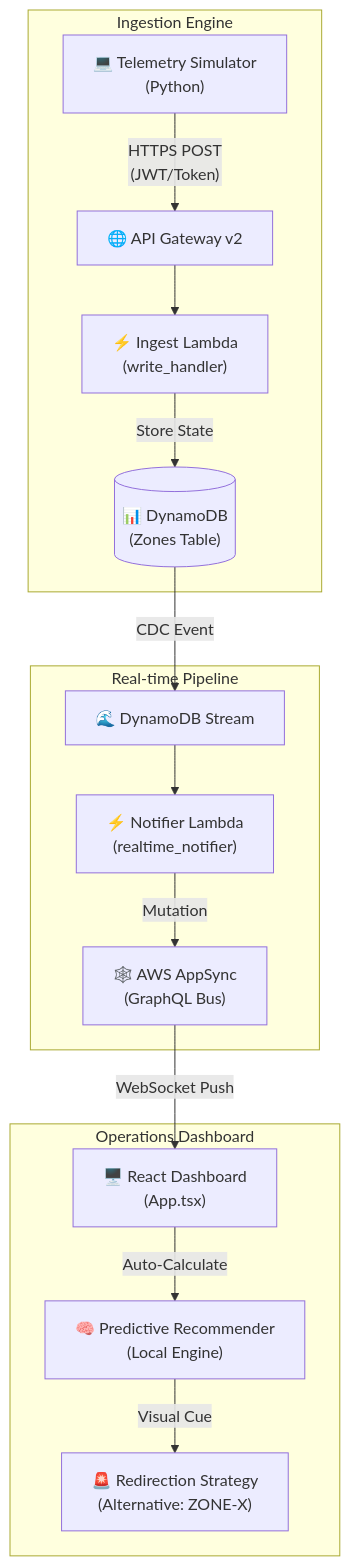
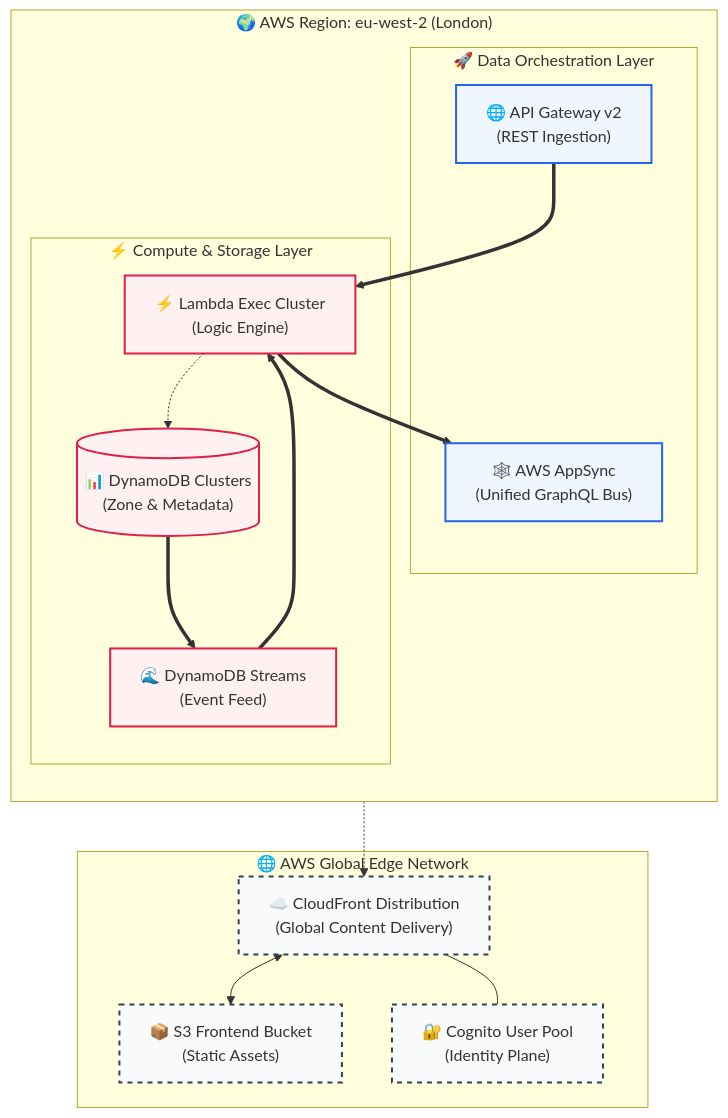
Before and after one commit to sakaroncloud/Crowd-Management: the diagram in README.md, drawn with Mermaid. The commit also changed other lines of this file, not shown here.

Commit message:
docs: add professional AWS Cloud Infrastructure Topology diagram

````diff
--- a/README.md
+++ b/README.md
@@ -18,20 +18,41 @@
 ```mermaid
-graph TD
-    subgraph "Ingestion Engine"
-        A["💻 Telemetry Simulator<br/>(Python)"] -- "HTTPS POST<br/>(JWT/Token)" --> B["🌐 API Gateway v2"]
-        B --> C["⚡ Ingest Lambda<br/>(write_handler)"]
-        C -- "Store State" --> D[("📊 DynamoDB<br/>(Zones Table)")]
+flowchart TB
+    subgraph "🌐 AWS Global Edge Network"
+        CF["☁️ CloudFront Distribution<br/>(Global Content Delivery)"]
+        S3F["📦 S3 Frontend Bucket<br/>(Static Assets)"]
+        COG["🔐 Cognito User Pool<br/>(Identity Plane)"]
     end
 
-    subgraph "Real-time Pipeline"
-        D -- "CDC Event" --> E["🌊 DynamoDB Stream"]
-        E --> F["⚡ Notifier Lambda<br/>(realtime_notifier)"]
-        F -- "Mutation" --> G["🕸️ AWS AppSync<br/>(GraphQL Bus)"]
+    subgraph "🌍 AWS Region: eu-west-2 (London)"
+        direction TB
+        subgraph "🚀 Data Orchestration Layer"
+            APIG["🌐 API Gateway v2<br/>(REST Ingestion)"]
+            AS["🕸️ AWS AppSync<br/>(Unified GraphQL Bus)"]
+        end
+
+        subgraph "⚡ Compute & Storage Layer"
+            WL["⚡ Lambda Exec Cluster<br/>(Logic Engine)"]
+            DDB[("📊 DynamoDB Clusters<br/>(Zone & Metadata)")]
+            DDB-S["🌊 DynamoDB Streams<br/>(Event Feed)"]
+        end
     end
 
-    subgraph "Operations Dashboard"
-        G -- "WebSocket Push" --> H["🖥️ React Dashboard<br/>(App.tsx)"]
-        H -- "Auto-Calculate" --> I["🧠 Predictive Recommender<br/>(Local Engine)"]
-        I -- "Visual Cue" --> J["🚨 Redirection Strategy<br/>(Alternative: ZONE-X)"]
-    end
+    %% Connectivity
+    CF <--> S3F
+    CF --- COG
+    APIG ==> WL
+    WL -.-> DDB
+    DDB ==> DDB-S
+    DDB-S ==> WL
+    WL ==> AS
+    AS -.-> CF
+
+    %% Styles
+    classDef edge fill:#f8fafc,stroke:#334155,stroke-width:2px,stroke-dasharray: 5 5;
+    classDef regional fill:#eff6ff,stroke:#2563eb,stroke-width:2px;
+    classDef compute fill:#fff1f2,stroke:#e11d48,stroke-width:2px;
+    
+    class CF,S3F,COG edge;
+    class APIG,AS regional;
+    class WL,DDB,DDB-S compute;
 ```
````
